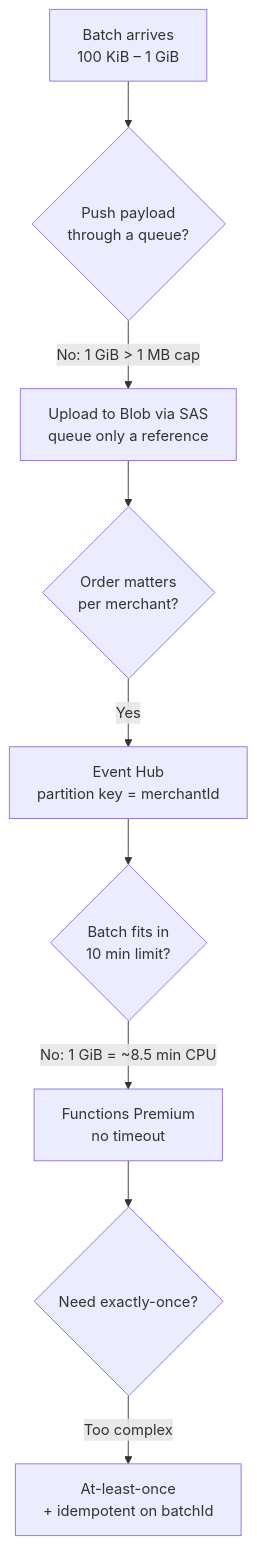
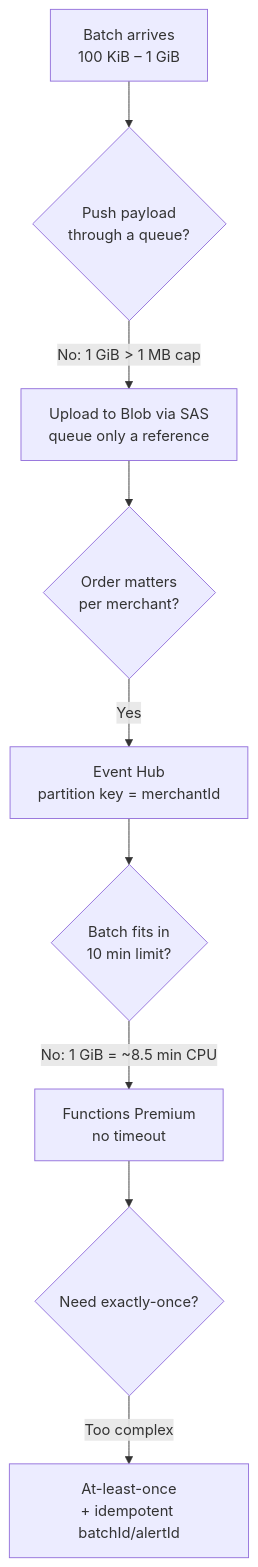
Before and after one commit to martinlejko/IoT_project: the first of 2 diagrams in design-rationale.md, drawn with Mermaid. The commit also changed other lines of this file and 1 other file, not shown here.

````diff
--- a/design-rationale.md
+++ b/design-rationale.md
@@ -12,11 +12,11 @@
 ```mermaid
 flowchart TD
     A[Batch arrives\n100 KiB – 1 GiB] --> B{Push payload\nthrough a queue?}
     B -->|No: 1 GiB > 1 MB cap| C[Upload to Blob via SAS\nqueue only a reference]
     C --> D{Order matters\nper merchant?}
     D -->|Yes| E[Event Hub\npartition key = merchantId]
     E --> F{Batch fits in\n10 min limit?}
     F -->|No: 1 GiB = ~8.5 min CPU| G[Functions Premium\nno timeout]
     G --> H{Need exactly-once?}
-    H -->|Too complex| I[At-least-once\n+ idempotent on batchId]
+    H -->|Too complex| I[At-least-once\n+ idempotent batchId/alertId]
 ```
````
